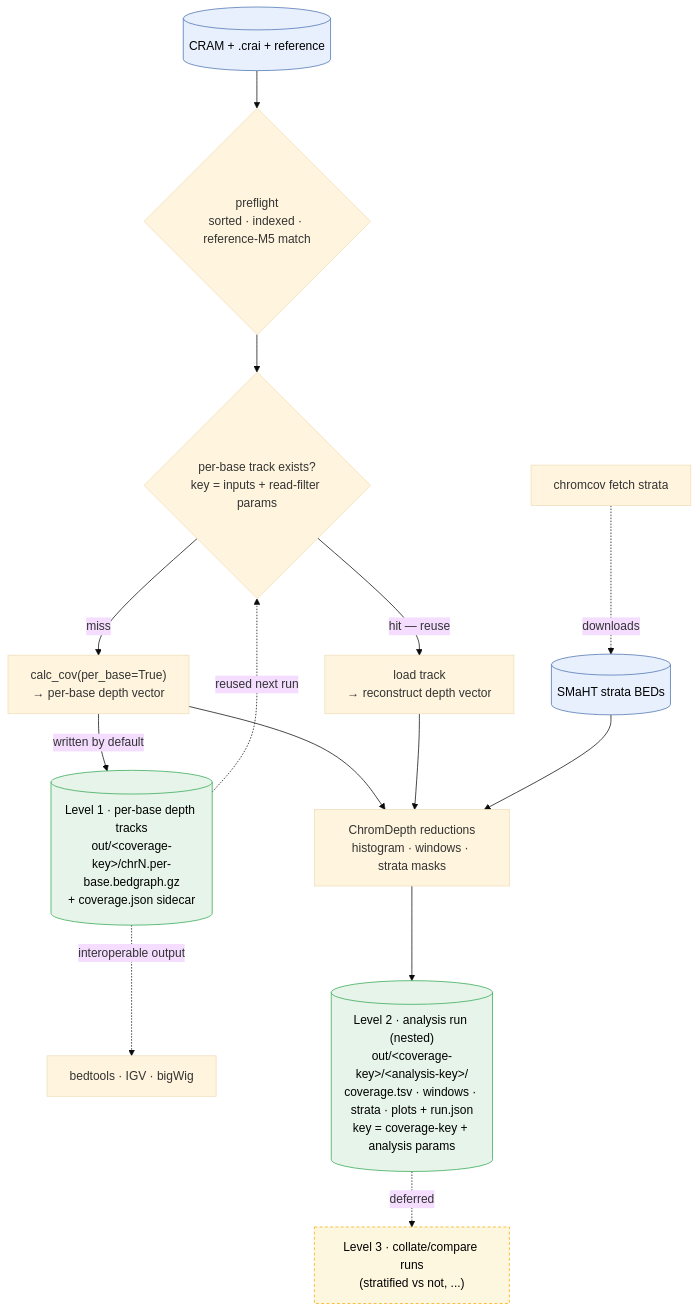
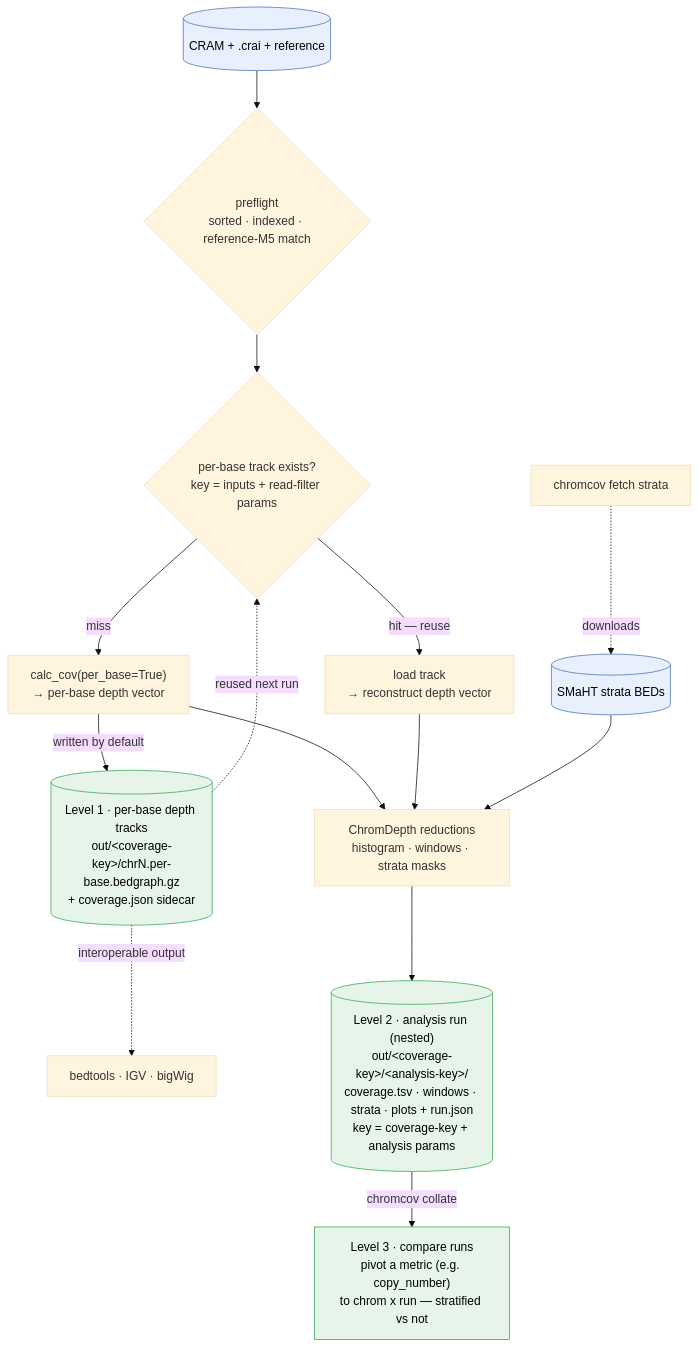
The first of 2 diagrams in WORKFLOW.md (lenorakepler/ParkLab-ChromCov), drawn with Mermaid (base theme) before and after one commit. The commit also changed 4 other files, not shown here.

First line of the commit message:
Add Level 3: collate/compare analysis runs

````diff
--- a/WORKFLOW.md
+++ b/WORKFLOW.md
@@ -9,28 +9,27 @@
 ```mermaid
 flowchart TD
     CRAM[("CRAM + .crai + reference")]:::in
     BEDS[("SMaHT strata BEDs")]:::in
     FETCH["chromcov fetch strata"] -.->|downloads| BEDS
 
     CRAM --> PRE{"preflight<br/>sorted · indexed · reference-M5 match"}
 
     PRE --> DECIDE{"per-base track exists?<br/>key = inputs + read-filter params"}
     DECIDE -->|"miss"| CALC["calc_cov(per_base=True)<br/>→ per-base depth vector"]
     DECIDE -->|"hit — reuse"| LOAD["load track<br/>→ reconstruct depth vector"]
 
     CALC -->|"written by default"| TRACK[("Level 1 · per-base depth tracks<br/>out/&lt;coverage-key&gt;/chrN.per-base.bedgraph.gz<br/>+ coverage.json sidecar")]:::out
     TRACK -.->|reused next run| DECIDE
     TRACK -.->|"interoperable output"| EXT["bedtools · IGV · bigWig"]
 
     CALC --> RED["ChromDepth reductions<br/>histogram · windows · strata masks"]
     LOAD --> RED
     BEDS --> RED
 
     RED --> ANALYSIS[("Level 2 · analysis run (nested)<br/>out/&lt;coverage-key&gt;/&lt;analysis-key&gt;/<br/>coverage.tsv · windows · strata · plots + run.json<br/>key = coverage-key + analysis params")]:::out
 
-    ANALYSIS -.->|deferred| COLLATE["Level 3 · collate/compare runs<br/>(stratified vs not, ...)"]:::todo
+    ANALYSIS -->|chromcov collate| COLLATE["Level 3 · compare runs<br/>pivot a metric (e.g. copy_number)<br/>to chrom x run — stratified vs not"]:::out
 
     classDef in fill:#e8f0fe,stroke:#4c72b0,color:#000;
     classDef out fill:#e6f4ea,stroke:#34a853,color:#000;
-    classDef todo fill:#fef7e0,stroke:#f9ab00,stroke-dasharray:4 3,color:#000;
 ```
````
